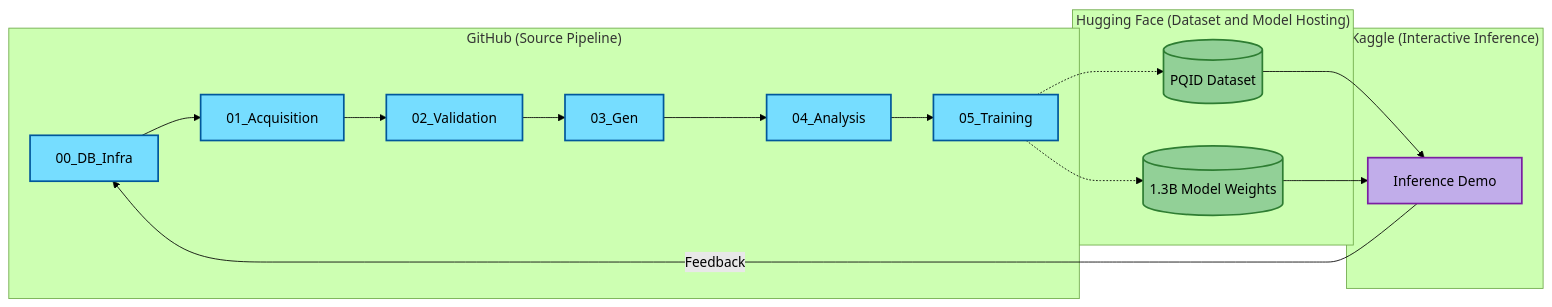
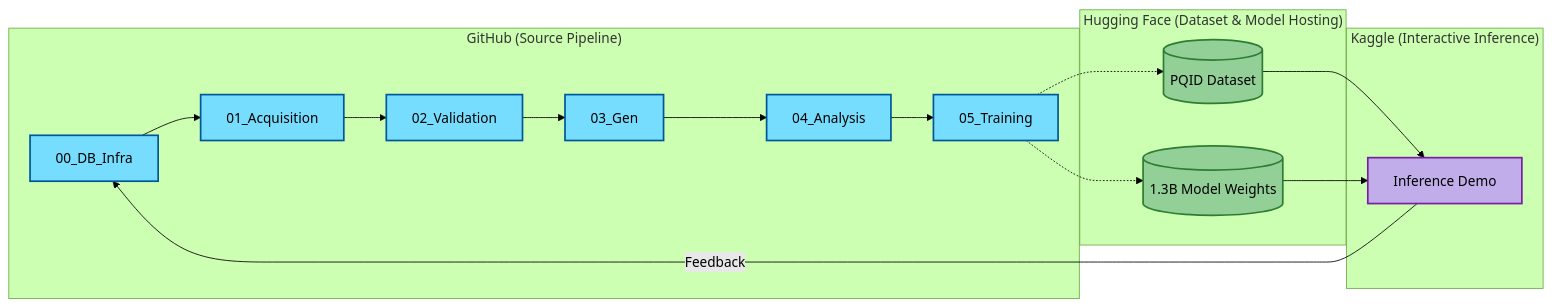
Before and after one commit to Elias-Abebe-Gasparini/PQID-Dataset: the first of 4 diagrams in README.md, drawn with Mermaid (forest theme).

Commit message:
updated process diagram taggs

````diff
--- a/README.md
+++ b/README.md
@@ -37,36 +37,36 @@
 ```mermaid
 graph LR
     %% Class Definitions
     classDef github fill:#76ddff,stroke:#01579b,stroke-width:2px;
     classDef hf fill:#92d097,stroke:#2e7d32,stroke-width:2px;
     classDef kaggle fill:#c1adea,stroke:#7b1fa2,stroke-width:2px;
 
     subgraph "GitHub (Source Pipeline)"
         A[00_DB_Infra] --> B[01_Acquisition]
         B --> C[02_Validation]
         C --> D[03_Gen]
         D --> E[04_Analysis]
         E --> F[05_Training]
     end
 
-    subgraph "Hugging Face (Dataset and Model Hosting)"
+    subgraph "Hugging Face (Dataset & Model Hosting)"
         G[(PQID Dataset)]
         H[(1.3B Model Weights)]
     end
 
     subgraph "Kaggle (Interactive Inference)"
         I[Inference Demo]
     end
 
     %% Applying Classes
     class A,B,C,D,E,F github;
     class G,H hf;
     class I kaggle;
 
     %% Connections
     F -.-> G
     F -.-> H
     G --> I
     H --> I
     I -- Feedback --> A
 ```
````
